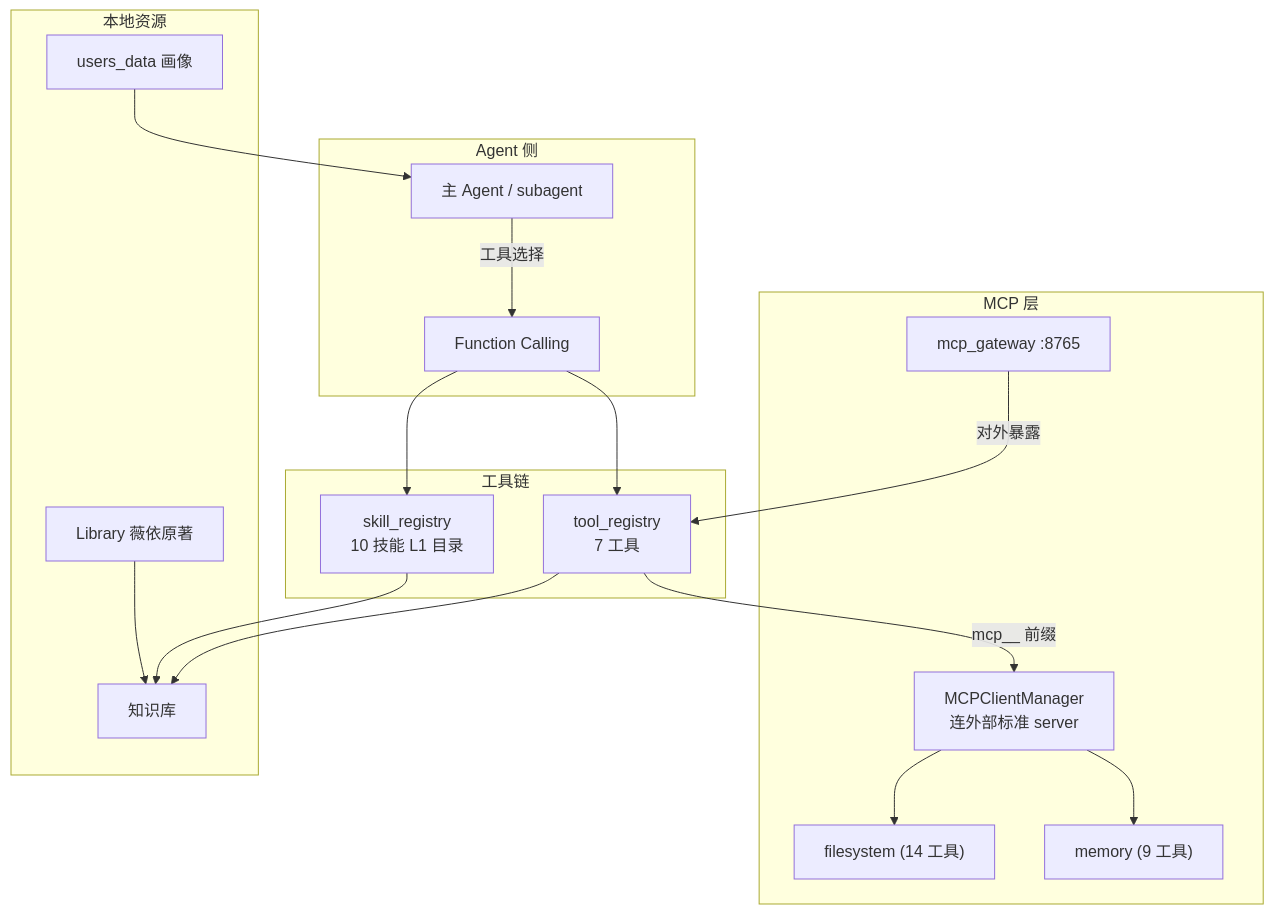
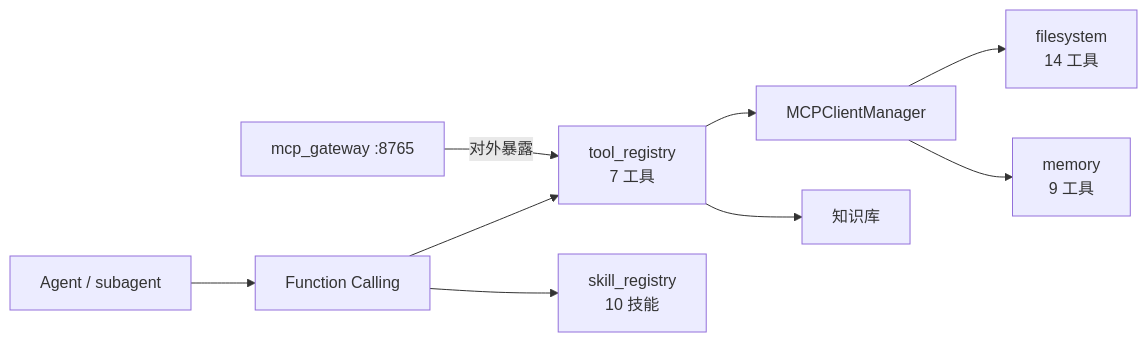
The fifth of 6 diagrams in ARCHITECTURE_LINKS.md (Golden2002/PAEG), drawn with Mermaid before and after one commit. The commit also changed other lines of this file, not shown here.

Commit message:
v0.24 文档优化：链路图分层展开（L0总览+L1细图，23张图全部≤15节点）

````diff
--- a/ARCHITECTURE_LINKS.md
+++ b/ARCHITECTURE_LINKS.md
@@ -149,33 +101,11 @@
 ```mermaid
-flowchart TB
-    subgraph AG["Agent 侧"]
-        PAEG2["主 Agent / subagent"]
-        FC["Function Calling"]
-    end
-    subgraph TL["工具链"]
-        REG2["tool_registry<br/>7 工具"]
-        SK2["skill_registry<br/>10 技能 L1 目录"]
-    end
-    subgraph MP["MCP 层"]
-        MC2["MCPClientManager<br/>连外部标准 server"]
-        FS["filesystem (14 工具)"]
-        MM["memory (9 工具)"]
-        MG2["mcp_gateway :8765"]
-    end
-    subgraph LR2["本地资源"]
-        KB2["知识库"]
-        LIB2["Library 薇依原著"]
-        USR2["users_data 画像"]
-    end
-    PAEG2 -->|"工具选择"| FC
-    FC --> REG2
-    FC --> SK2
-    REG2 -->|"mcp__ 前缀"| MC2
-    MC2 --> FS
-    MC2 --> MM
-    MG2 -->|"对外暴露"| REG2
-    REG2 --> KB2
-    SK2 --> KB2
-    LIB2 --> KB2
-    USR2 --> PAEG2
+flowchart LR
+    A["Agent / subagent"] --> FC["Function Calling"]
+    FC --> T["tool_registry<br/>7 工具"]
+    FC --> SK["skill_registry<br/>10 技能"]
+    T --> MC["MCPClientManager"]
+    MC --> FS["filesystem<br/>14 工具"]
+    MC --> MM["memory<br/>9 工具"]
+    MG["mcp_gateway :8765"] -->|"对外暴露"| T
+    T --> KB["知识库"]
 ```
````
